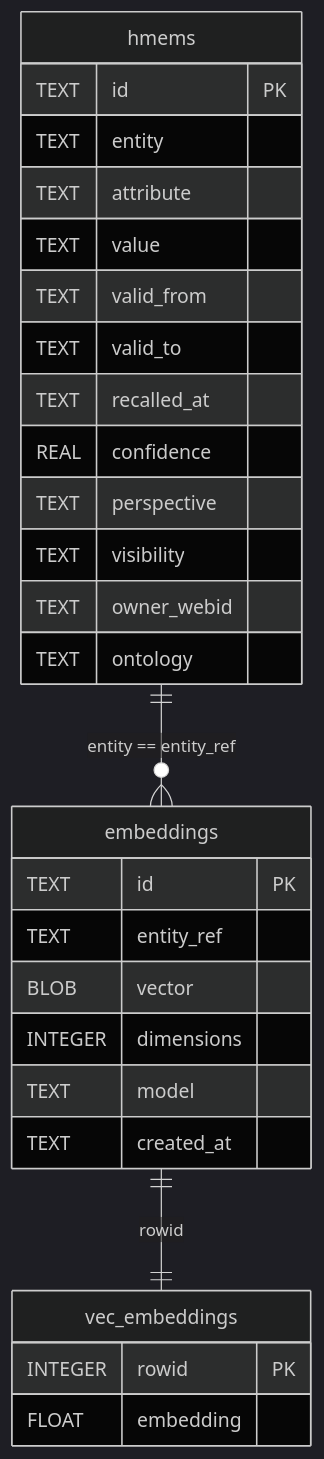
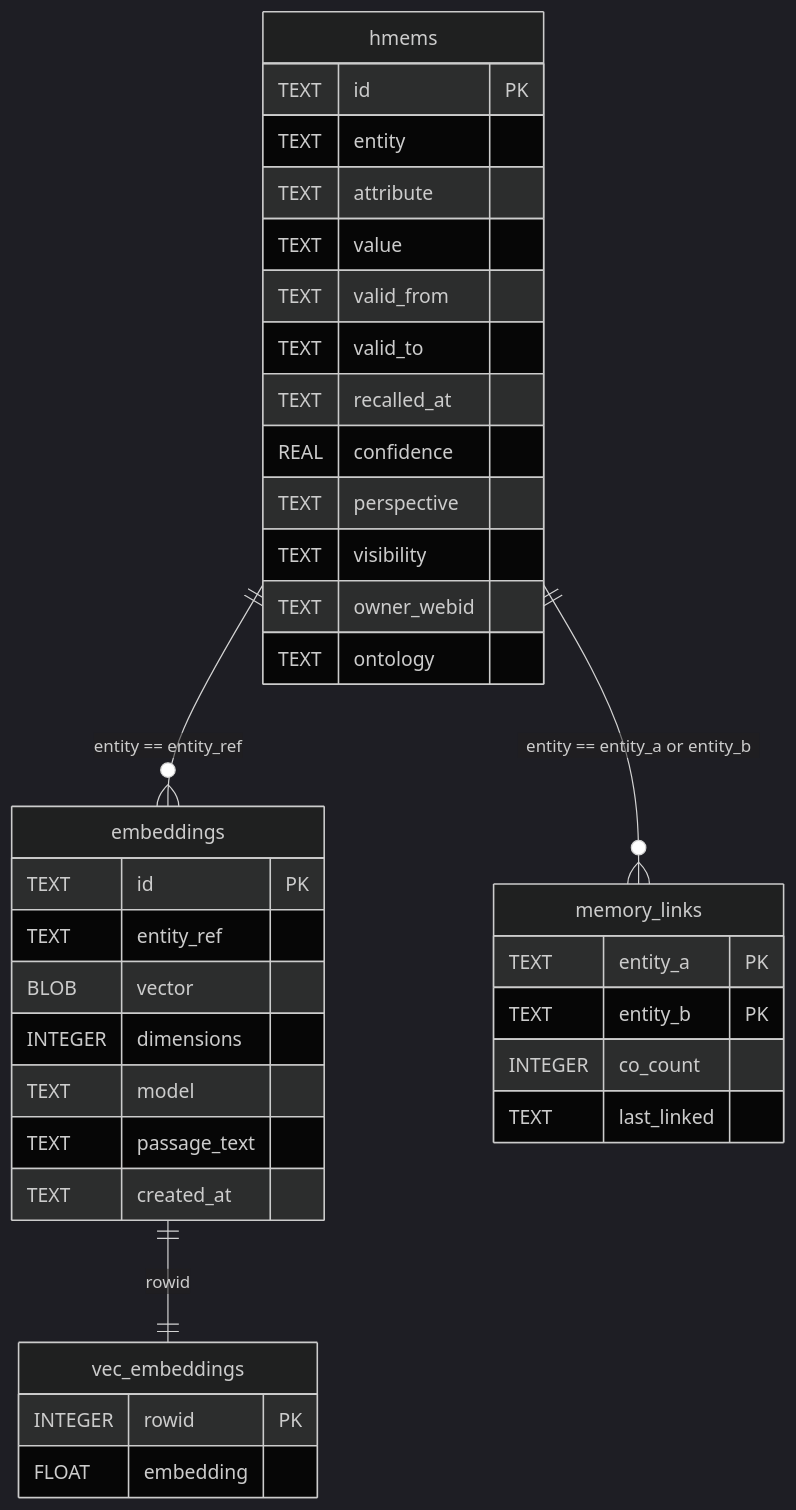
One commit to mdz-axo/zed-kask changed the diagram in kask/docs/diagrams/erd-memory-store.md. Above: the diagram before and after it, drawn with Mermaid (dark theme). The commit also changed other lines of this file and 34 other files, not shown here.

````diff
--- a/kask/docs/diagrams/erd-memory-store.md
+++ b/kask/docs/diagrams/erd-memory-store.md
@@ -22,32 +24,40 @@
 ```mermaid
 erDiagram
     hmems ||--o{ embeddings : "entity == entity_ref"
     embeddings ||--|| vec_embeddings : "rowid"
+    hmems ||--o{ memory_links : "entity == entity_a or entity_b"
 
     hmems {
         TEXT id PK
         TEXT entity
         TEXT attribute
         TEXT value
         TEXT valid_from
         TEXT valid_to
         TEXT recalled_at
         REAL confidence
         TEXT perspective
         TEXT visibility
         TEXT owner_webid
         TEXT ontology
     }
     embeddings {
         TEXT id PK
         TEXT entity_ref
         BLOB vector
         INTEGER dimensions
         TEXT model
+        TEXT passage_text
         TEXT created_at
     }
     vec_embeddings {
         INTEGER rowid PK
         FLOAT embedding
     }
+    memory_links {
+        TEXT entity_a PK
+        TEXT entity_b PK
+        INTEGER co_count
+        TEXT last_linked
+    }
 ```
````
